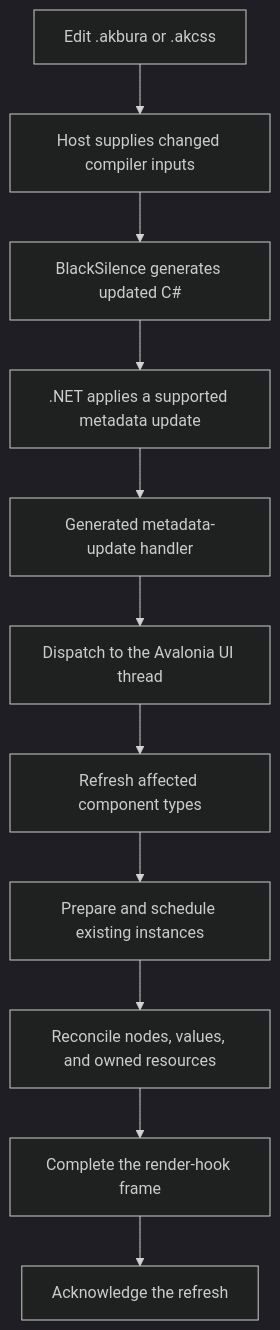
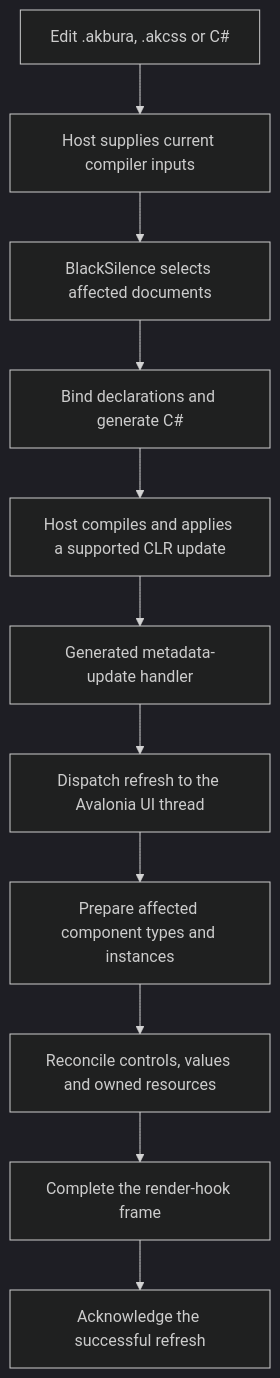
Before and after one commit to Asaicraft/Akbura: the first of 2 diagrams in For Contributors/hot-reload.md, drawn with Mermaid (dark theme). The commit also changed other lines of this file and 19 other files, not shown here.

````diff
--- a/For Contributors/hot-reload.md
+++ b/For Contributors/hot-reload.md
@@ -57,13 +38,13 @@
 ```mermaid
 flowchart TD
-    A["Edit .akbura or .akcss"] --> B["Host supplies changed compiler inputs"]
-    B --> C["BlackSilence generates updated C#"]
-    C --> D[".NET applies a supported metadata update"]
-    D --> E["Generated metadata-update handler"]
-    E --> F["Dispatch to the Avalonia UI thread"]
-    F --> G["Refresh affected component types"]
-    G --> H["Prepare and schedule existing instances"]
-    H --> I["Reconcile nodes, values, and owned resources"]
+    A["Edit .akbura, .akcss or C#"] --> B["Host supplies current compiler inputs"]
+    B --> C["BlackSilence selects affected documents"]
+    C --> D["Bind declarations and generate C#"]
+    D --> E["Host compiles and applies a supported CLR update"]
+    E --> F["Generated metadata-update handler"]
+    F --> G["Dispatch refresh to the Avalonia UI thread"]
+    G --> H["Prepare affected component types and instances"]
+    H --> I["Reconcile controls, values and owned resources"]
     I --> J["Complete the render-hook frame"]
-    J --> K["Acknowledge the refresh"]
+    J --> K["Acknowledge the successful refresh"]
 ```
````
